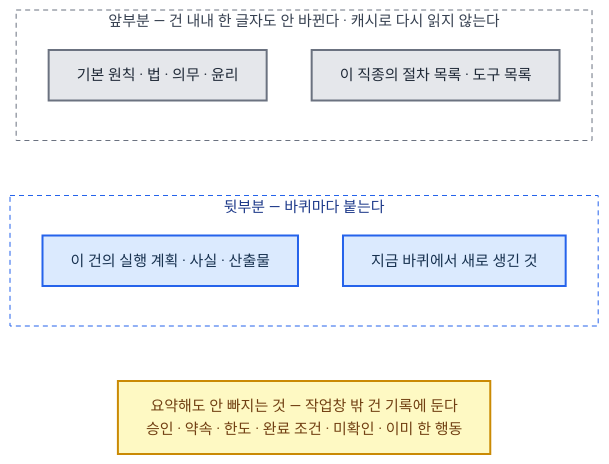
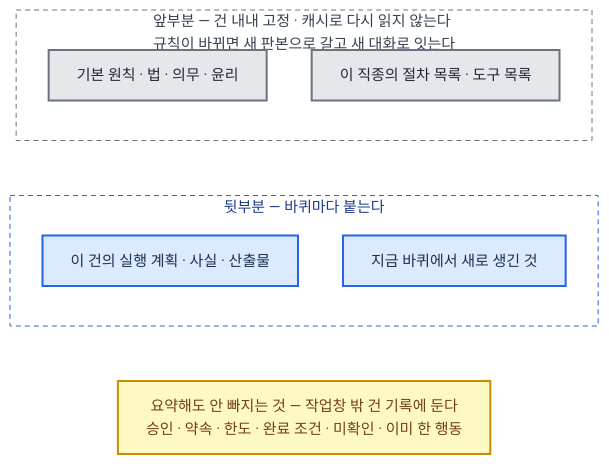
Before and after one commit to harisbaguette/expert: the third of 14 diagrams in 전문가 에이전트 정의 2.md, drawn with Mermaid. The commit also changed other lines of this file, not shown here.

Commit message:
정의 2 환경 계통 — 작업창 그림·글을 맞추고(규칙 바뀌면 새 판본·새 대화), 분리 실행에 ① 파일 도구 예외를 원칙에 밝힘

````diff
--- a/전문가 에이전트 정의 2.md
+++ b/전문가 에이전트 정의 2.md
@@ -559,22 +559,22 @@
 ```mermaid
 %%{init: {"flowchart": {"wrappingWidth": 640, "curve": "basis", "nodeSpacing": 45, "rankSpacing": 55, "padding": 14, "useMaxWidth": true}, "themeVariables": {"fontSize": "15px"}} }%%
 flowchart TB
-    subgraph FIX["앞부분 — 건 내내 한 글자도 안 바뀐다 · 캐시로 다시 읽지 않는다"]
+    subgraph FIX["앞부분 — 건 내내 고정 · 캐시로 다시 읽지 않는다<br/>규칙이 바뀌면 새 판본으로 갈고 새 대화로 잇는다"]
         direction TB
         B1["기본 원칙 · 법 · 의무 · 윤리"]:::store
         B2["이 직종의 절차 목록 · 도구 목록"]:::store
     end
     subgraph VAR["뒷부분 — 바퀴마다 붙는다"]
         direction TB
         B3["이 건의 실행 계획 · 사실 · 산출물"]:::main
         B4["지금 바퀴에서 새로 생긴 것"]:::main
     end
     KEEP["요약해도 안 빠지는 것 — 작업창 밖 건 기록에 둔다<br/>승인 · 약속 · 한도 · 완료 조건 · 미확인 · 이미 한 행동"]:::note
     FIX ~~~ VAR
     VAR ~~~ KEEP
     classDef store fill:#e5e7eb,stroke:#6b7280,stroke-width:2px,color:#1f2937
     classDef main fill:#dbeafe,stroke:#2563eb,stroke-width:2px,color:#17314f
     classDef note fill:#fef9c3,stroke:#ca8a04,stroke-width:2px,color:#713f12
     style FIX fill:none,stroke:#6b7280,stroke-width:1px,stroke-dasharray:5 4,color:#374151
     style VAR fill:none,stroke:#2563eb,stroke-width:1px,stroke-dasharray:5 4,color:#1e3a8a
 ```
````
